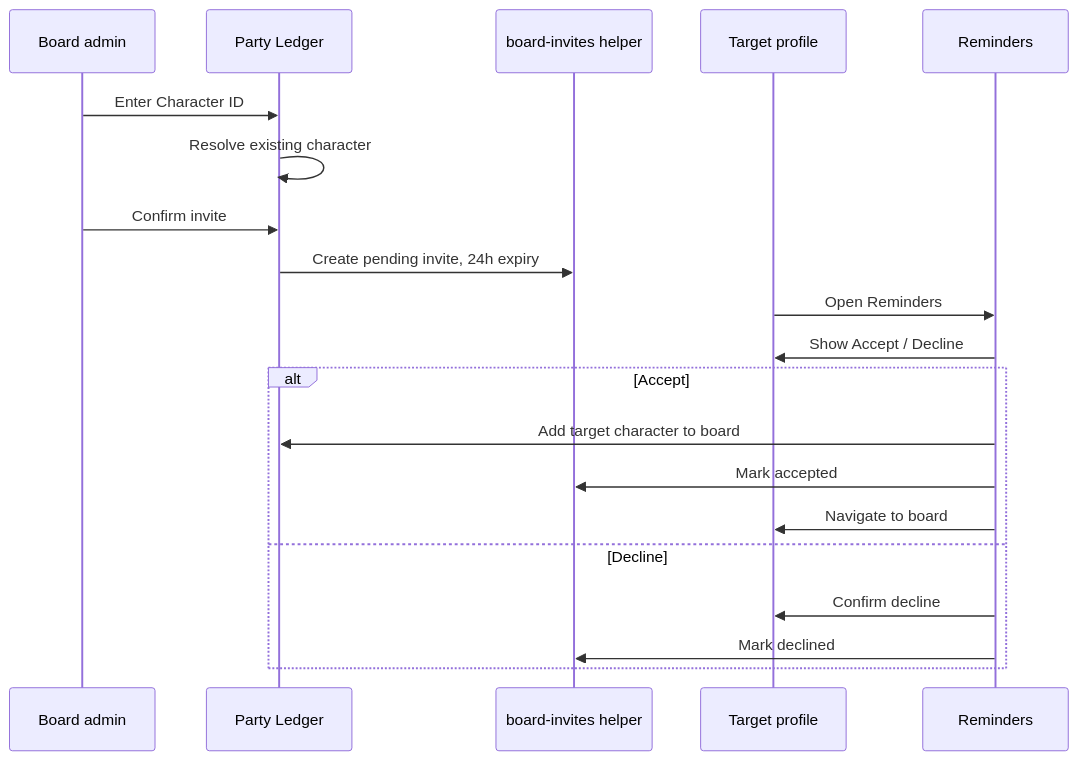
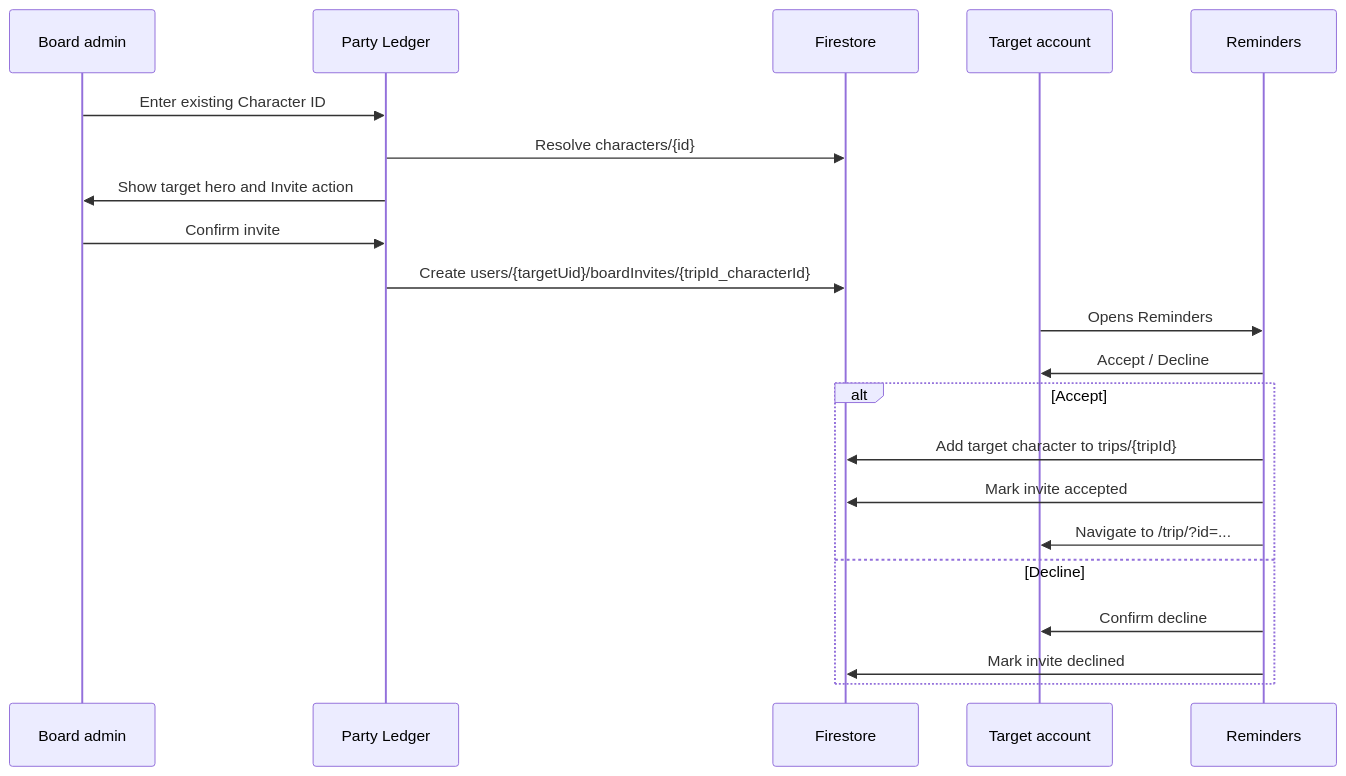
One commit to purichw/coin-quest-ledger changed the seventh of 17 diagrams in SITE_MAP_AND_INTERACTIONS.md. Above: the diagram before and after it, drawn with Mermaid. The commit also changed other lines of this file and 5 other files, not shown here.

````diff
--- a/SITE_MAP_AND_INTERACTIONS.md
+++ b/SITE_MAP_AND_INTERACTIONS.md
@@ -80,23 +222,24 @@
 ```mermaid
 sequenceDiagram
   participant Admin as Board admin
-  participant Trip as Party Ledger
-  participant Invites as board-invites helper
-  participant Target as Target profile
+  participant Split as Party Ledger
+  participant DB as Firestore
+  participant Target as Target account
   participant Rem as Reminders
 
-  Admin->>Trip: Enter Character ID
-  Trip->>Trip: Resolve existing character
-  Admin->>Trip: Confirm invite
-  Trip->>Invites: Create pending invite, 24h expiry
-  Target->>Rem: Open Reminders
-  Rem->>Target: Show Accept / Decline
+  Admin->>Split: Enter existing Character ID
+  Split->>DB: Resolve characters/{id}
+  Split->>Admin: Show target hero and Invite action
+  Admin->>Split: Confirm invite
+  Split->>DB: Create users/{targetUid}/boardInvites/{tripId_characterId}
+  Target->>Rem: Opens Reminders
+  Rem->>Target: Accept / Decline
   alt Accept
-    Rem->>Trip: Add target character to board
-    Rem->>Invites: Mark accepted
-    Rem->>Target: Navigate to board
+    Rem->>DB: Add target character to trips/{tripId}
+    Rem->>DB: Mark invite accepted
+    Rem->>Target: Navigate to /trip/?id=...
   else Decline
     Rem->>Target: Confirm decline
-    Rem->>Invites: Mark declined
+    Rem->>DB: Mark invite declined
   end
 ```
````
